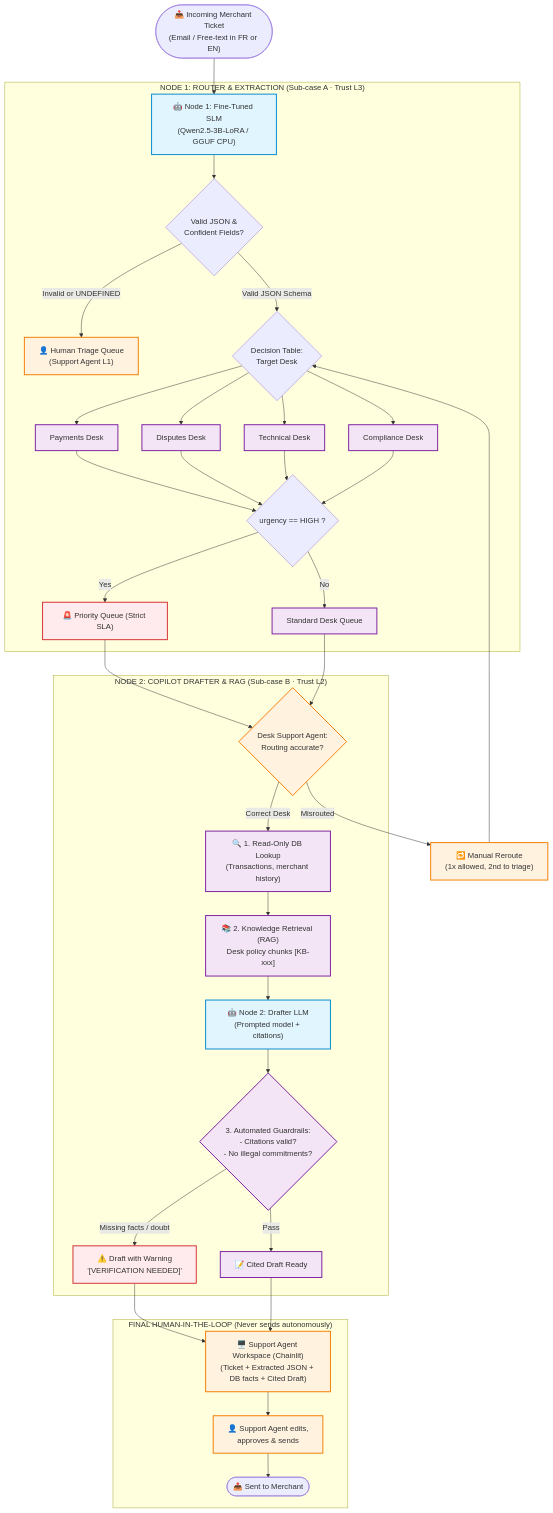
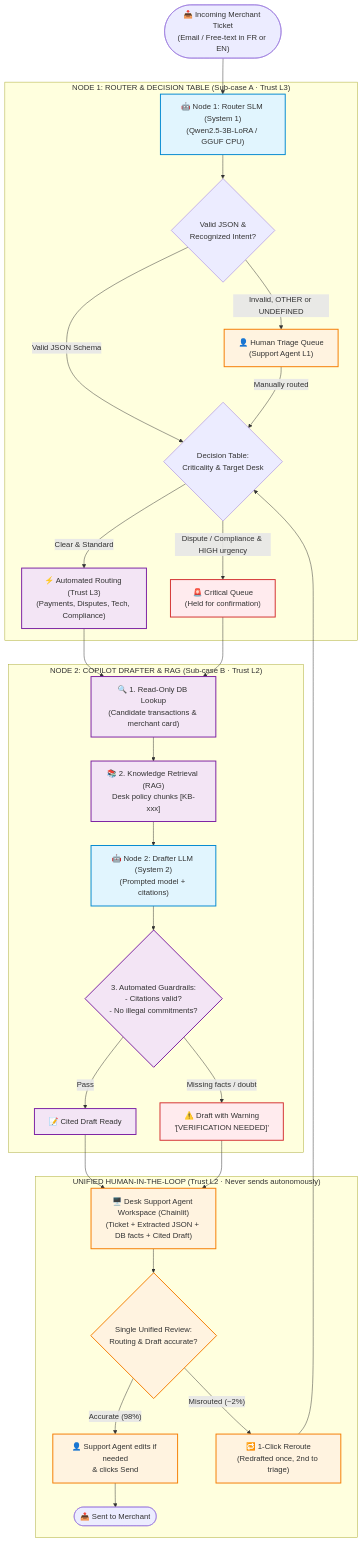
Before and after one commit to Xenodion/data-ai-product-to-delivery-navy: the diagram in README.md, drawn with Mermaid. The commit also changed other lines of this file and 22 other files, not shown here.

````diff
--- a/README.md
+++ b/README.md
@@ -53,49 +53,46 @@
 ```mermaid
 flowchart TD
     classDef llm fill:#e1f5fe,stroke:#0288d1,stroke-width:2px;
     classDef human fill:#fff3e0,stroke:#f57c00,stroke-width:2px;
     classDef system fill:#f3e5f5,stroke:#7b1fa2,stroke-width:2px;
     classDef alert fill:#ffebee,stroke:#d32f2f,stroke-width:2px;
 
     Start(["📥 Incoming Merchant Ticket<br/>(Email / Free-text in FR or EN)"]) --> N1
 
-    subgraph SUB_A ["NODE 1: ROUTER & EXTRACTION (Sub-case A · Trust L3)"]
-        N1["🤖 Node 1: Fine-Tuned SLM<br/>(Qwen2.5-3B-LoRA / GGUF CPU)"]:::llm
-        N1 --> D1{"Valid JSON &<br/>Confident Fields?"}
+    subgraph SUB_A ["NODE 1: ROUTER & DECISION TABLE (Sub-case A · Trust L3)"]
+        N1["🤖 Node 1: Router SLM (System 1)<br/>(Qwen2.5-3B-LoRA / GGUF CPU)"]:::llm
+        N1 --> D1{"Valid JSON &<br/>Recognized Intent?"}
         
-        D1 -- "Invalid or UNDEFINED" --> Triage["👤 Human Triage Queue<br/>(Support Agent L1)"]:::human
+        D1 -- "Invalid, OTHER or UNDEFINED" --> Triage["👤 Human Triage Queue<br/>(Support Agent L1)"]:::human
         
-        D1 -- "Valid JSON Schema" --> D2{"Decision Table:<br/>Target Desk"}
+        D1 -- "Valid JSON Schema" --> D2{"Decision Table:<br/>Criticality & Target Desk"}
         
-        D2 --> DeskPay["Payments Desk"]:::system
-        D2 --> DeskDisp["Disputes Desk"]:::system
-        D2 --> DeskTech["Technical Desk"]:::system
-        D2 --> DeskComp["Compliance Desk"]:::system
+        D2 -- "Dispute / Compliance & HIGH urgency" --> QueueCritical["🚨 Critical Queue<br/>(Held for confirmation)"]:::alert
+        D2 -- "Clear & Standard" --> AutoRoute["⚡ Automated Routing (Trust L3)<br/>(Payments, Disputes, Tech, Compliance)"]:::system
         
-        DeskPay & DeskDisp & DeskTech & DeskComp --> D3{"urgency == HIGH ?"}
-        D3 -- "Yes" --> QueueUrgent["🚨 Priority Queue (Strict SLA)"]:::alert
-        D3 -- "No" --> QueueStd["Standard Desk Queue"]:::system
+        Triage -- "Manually routed" --> D2
     end
 
-    QueueUrgent & QueueStd --> HumanCheck{"Desk Support Agent:<br/>Routing accurate?"}:::human
-    HumanCheck -- "Misrouted" --> Reroute["🔁 Manual Reroute<br/>(1x allowed, 2nd to triage)"]:::human
-    Reroute --> D2
-
     subgraph SUB_B ["NODE 2: COPILOT DRAFTER & RAG (Sub-case B · Trust L2)"]
-        HumanCheck -- "Correct Desk" --> FetchData["🔍 1. Read-Only DB Lookup<br/>(Transactions, merchant history)"]:::system
+        AutoRoute & QueueCritical --> FetchData["🔍 1. Read-Only DB Lookup<br/>(Candidate transactions & merchant card)"]:::system
         FetchData --> FetchKB["📚 2. Knowledge Retrieval (RAG)<br/>Desk policy chunks [KB-xxx]"]:::system
         
-        FetchKB --> N2["🤖 Node 2: Drafter LLM<br/>(Prompted model + citations)"]:::llm
+        FetchKB --> N2["🤖 Node 2: Drafter LLM (System 2)<br/>(Prompted model + citations)"]:::llm
         
         N2 --> Guardrails{"3. Automated Guardrails:<br/>- Citations valid?<br/>- No illegal commitments?"}:::system
         
+        Guardrails -- "Pass" --> DraftReady["📝 Cited Draft Ready"]:::system
         Guardrails -- "Missing facts / doubt" --> FlagDraft["⚠️ Draft with Warning<br/>'[VERIFICATION NEEDED]'"]:::alert
-        Guardrails -- "Pass" --> DraftReady["📝 Cited Draft Ready"]:::system
     end
 
-    subgraph HUMAN_LOOP ["FINAL HUMAN-IN-THE-LOOP (Never sends autonomously)"]
-        FlagDraft & DraftReady --> UI["🖥️ Support Agent Workspace (Chainlit)<br/>(Ticket + Extracted JSON + DB facts + Cited Draft)"]:::human
-        UI --> HumanAction["👤 Support Agent edits,<br/>approves & sends"]:::human
-        HumanAction --> Sent(["📤 Sent to Merchant"])
+    subgraph HUMAN_LOOP ["UNIFIED HUMAN-IN-THE-LOOP (Trust L2 · Never sends autonomously)"]
+        DraftReady & FlagDraft --> UI["🖥️ Desk Support Agent Workspace (Chainlit)<br/>(Ticket + Extracted JSON + DB facts + Cited Draft)"]:::human
+        UI --> AgentReview{"Single Unified Review:<br/>Routing & Draft accurate?"}:::human
+        
+        AgentReview -- "Accurate (98%)" --> AgentAction["👤 Support Agent edits if needed<br/>& clicks Send"]:::human
+        AgentAction --> Sent(["📤 Sent to Merchant"])
+        
+        AgentReview -- "Misrouted (~2%)" --> Reroute["🔁 1-Click Reroute<br/>(Redrafted once, 2nd to triage)"]:::human
+        Reroute --> D2
     end
 ```
````
